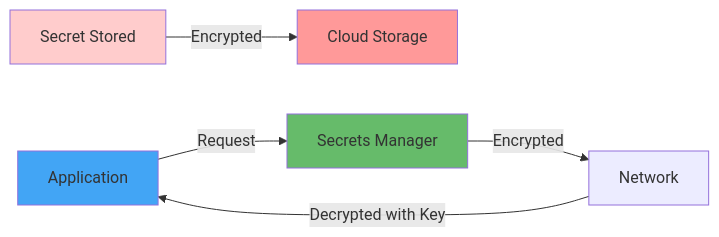
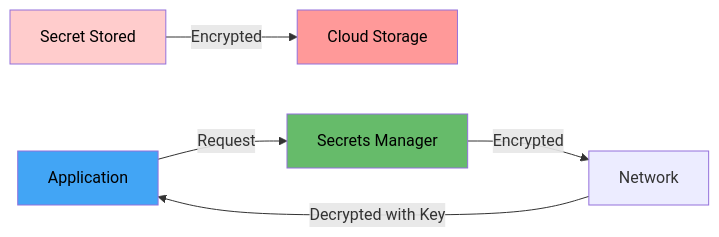
One commit to ahmed-226/Backend-from-first-principles changed the eighth of 11 diagrams in 12.Production-Grade Configuration Management/README.md. Above: the diagram before and after it, drawn with Mermaid. The commit also changed other lines of this file, not shown here.

````diff
--- a/12.Production-Grade Configuration Management/README.md
+++ b/12.Production-Grade Configuration Management/README.md
@@ -478,13 +478,13 @@
 ```mermaid
 graph LR
     A["Secret Stored"] -->|Encrypted| B["Cloud Storage"]
     C["Application"] -->|Request| D["Secrets Manager"]
     D -->|Encrypted| E["Network"]
     E -->|Decrypted with Key| C
 
-    
-    style A fill:#ffcccc
-    style B fill:#ff9999
-    style D fill:#66bb6a
-    style C fill:#42a5f5
+
+    style A fill:#ffcccc,color:#000
+    style B fill:#ff9999,color:#000
+    style D fill:#66bb6a,color:#000
+    style C fill:#42a5f5,color:#000
 ```
````
